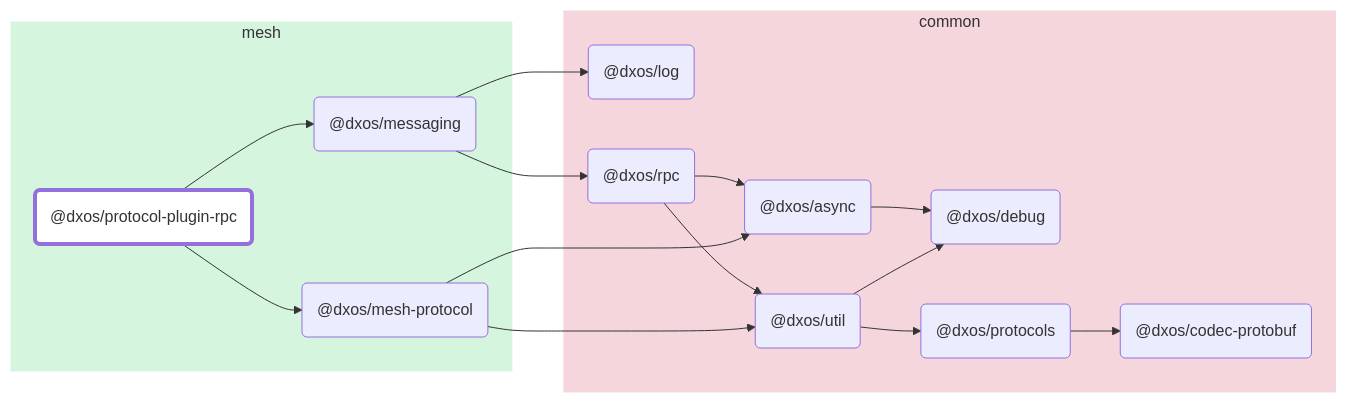
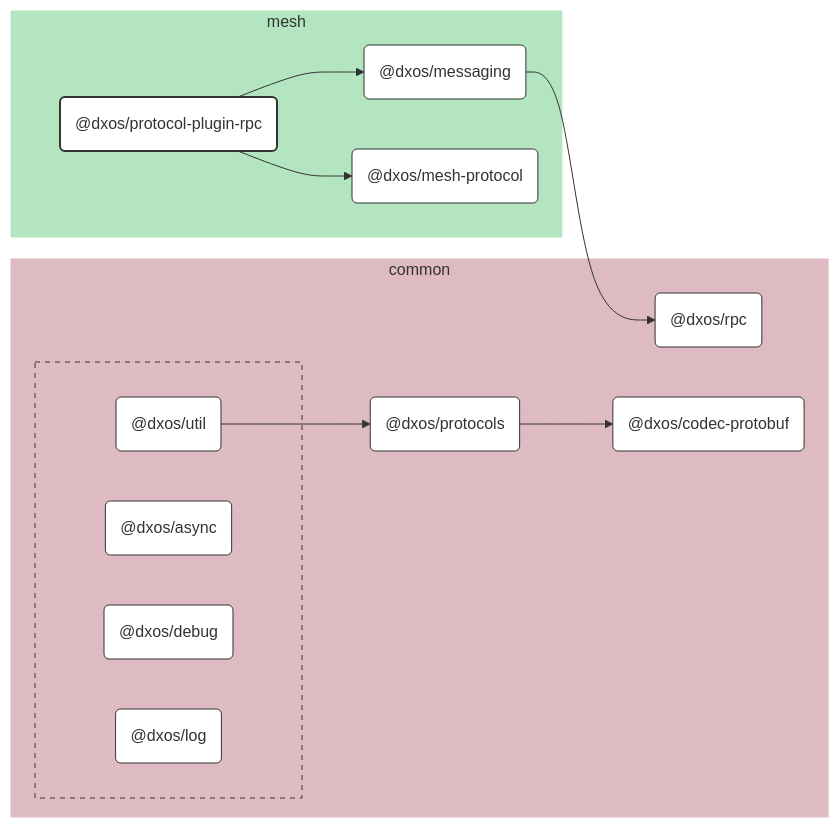
The diagram in packages/mesh/protocol-plugin-rpc/docs/README.md (dxos/dxos), drawn with Mermaid before and after one commit. The commit also changed 100 other files, not shown here.

````diff
--- a/packages/mesh/protocol-plugin-rpc/docs/README.md
+++ b/packages/mesh/protocol-plugin-rpc/docs/README.md
@@ -7,46 +7,67 @@
 ```mermaid
-flowchart LR;
+%%{ init: {'flowchart':{'curve':'basis'}} }%%
 
-style dxos/protocol-plugin-rpc fill:#fff,stroke-width:4px;
+flowchart LR
 
-click dxos/async "https:/github.com/dxos/dxos/tree/main/packages/common/async/docs";
-click dxos/debug "https:/github.com/dxos/dxos/tree/main/packages/common/debug/docs";
-click dxos/messaging "https:/github.com/dxos/dxos/tree/main/packages/mesh/messaging/docs";
-click dxos/codec-protobuf "https:/github.com/dxos/dxos/tree/main/packages/common/codec-protobuf/docs";
-click dxos/log "https:/github.com/dxos/dxos/tree/main/packages/common/log/docs";
-click dxos/protocols "https:/github.com/dxos/dxos/tree/main/packages/common/protocols/docs";
-click dxos/rpc "https:/github.com/dxos/dxos/tree/main/packages/common/rpc/docs";
-click dxos/util "https:/github.com/dxos/dxos/tree/main/packages/common/util/docs";
-click dxos/mesh-protocol "https:/github.com/dxos/dxos/tree/main/packages/mesh/mesh-protocol/docs";
+%% Links
+dxos/messaging --> dxos/rpc;
+dxos/protocol-plugin-rpc --> dxos/mesh-protocol;
+dxos/protocol-plugin-rpc --> dxos/messaging;
+dxos/protocols --> dxos/codec-protobuf;
+dxos/util --> dxos/protocols;
 
+%% Sections
 subgraph mesh
-  style mesh fill:#d6f5de,stroke:#fff;
-  dxos/protocol-plugin-rpc("@dxos/protocol-plugin-rpc");
-  dxos/messaging("@dxos/messaging");
-  dxos/mesh-protocol("@dxos/mesh-protocol");
+  style mesh fill:#b3e6c0,stroke:#fff;
+
+  dxos/mesh-protocol("@dxos/mesh-protocol")
+  dxos/messaging("@dxos/messaging")
+  dxos/protocol-plugin-rpc("@dxos/protocol-plugin-rpc")
 end
 
 subgraph common
-  style common fill:#f5d6dd,stroke:#fff;
-  dxos/async("@dxos/async");
-  dxos/debug("@dxos/debug");
-  dxos/codec-protobuf("@dxos/codec-protobuf");
-  dxos/log("@dxos/log");
-  dxos/protocols("@dxos/protocols");
-  dxos/rpc("@dxos/rpc");
-  dxos/util("@dxos/util");
+  style common fill:#debac2,stroke:#fff;
+
+  dxos/codec-protobuf("@dxos/codec-protobuf")
+  dxos/protocols("@dxos/protocols")
+  dxos/rpc("@dxos/rpc")
+
+  subgraph common-excluded [ ]
+    style common-excluded fill:#debac2,stroke:#333,stroke-dasharray:5 5;
+
+    dxos/async("@dxos/async")
+    dxos/debug("@dxos/debug")
+    dxos/log("@dxos/log")
+    dxos/util("@dxos/util")
+  end
 end
 
-dxos/async --> dxos/debug;
-dxos/protocol-plugin-rpc --> dxos/messaging;
-dxos/messaging --> dxos/log;
-dxos/protocols --> dxos/codec-protobuf;
-dxos/messaging --> dxos/rpc;
-dxos/rpc --> dxos/async;
-dxos/rpc --> dxos/util;
-dxos/util --> dxos/debug;
-dxos/util --> dxos/protocols;
-dxos/protocol-plugin-rpc --> dxos/mesh-protocol;
-dxos/mesh-protocol --> dxos/async;
-dxos/mesh-protocol --> dxos/util;
+
+%% Hyperlinks
+click dxos/async href "https:/github.com/dxos/dxos/tree/main/packages/common/async/docs";
+click dxos/codec-protobuf href "https:/github.com/dxos/dxos/tree/main/packages/common/codec-protobuf/docs";
+click dxos/debug href "https:/github.com/dxos/dxos/tree/main/packages/common/debug/docs";
+click dxos/log href "https:/github.com/dxos/dxos/tree/main/packages/common/log/docs";
+click dxos/mesh-protocol href "https:/github.com/dxos/dxos/tree/main/packages/mesh/mesh-protocol/docs";
+click dxos/messaging href "https:/github.com/dxos/dxos/tree/main/packages/mesh/messaging/docs";
+click dxos/protocols href "https:/github.com/dxos/dxos/tree/main/packages/common/protocols/docs";
+click dxos/rpc href "https:/github.com/dxos/dxos/tree/main/packages/common/rpc/docs";
+click dxos/util href "https:/github.com/dxos/dxos/tree/main/packages/common/util/docs";
+
+%% Styles
+classDef rootNode fill:#fff,stroke:#333,stroke-width:2px
+classDef defaultNode fill:#fff,stroke:#333,stroke-width:1px
+linkStyle default stroke:#333,stroke-width:1px
+
+dxos/protocol-plugin-rpc:::rootNode
+
+dxos/async:::defaultNode
+dxos/codec-protobuf:::defaultNode
+dxos/debug:::defaultNode
+dxos/log:::defaultNode
+dxos/mesh-protocol:::defaultNode
+dxos/messaging:::defaultNode
+dxos/protocols:::defaultNode
+dxos/rpc:::defaultNode
+dxos/util:::defaultNode
 ```
````
